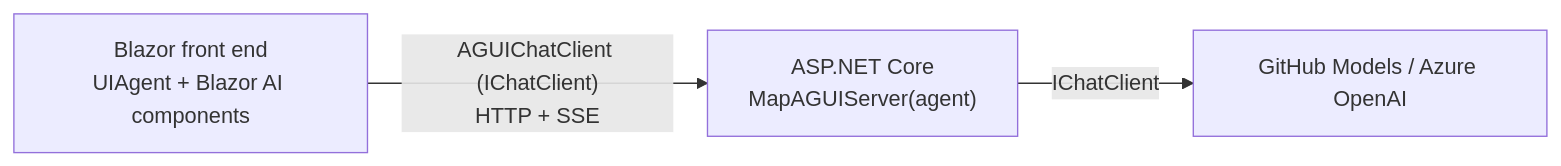
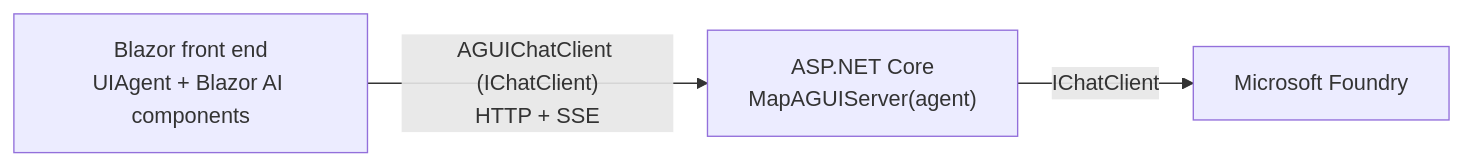
One commit to danroth27/AgenticUI changed the diagram in docs/blog-post.md. Above: the diagram before and after it, drawn with Mermaid. The commit also changed other lines of this file and 12 other files, not shown here.

````diff
--- a/docs/blog-post.md
+++ b/docs/blog-post.md
@@ -49,8 +49,8 @@
 ```mermaid
 flowchart LR
     Web["Blazor front end<br/>UIAgent + Blazor AI components"]
     Server["ASP.NET Core<br/>MapAGUIServer(agent)"]
-    Model["GitHub Models / Azure OpenAI"]
+    Model["Microsoft Foundry"]
     Web -- "AGUIChatClient (IChatClient)<br/>HTTP + SSE" --> Server
     Server -- "IChatClient" --> Model
 ```
````
